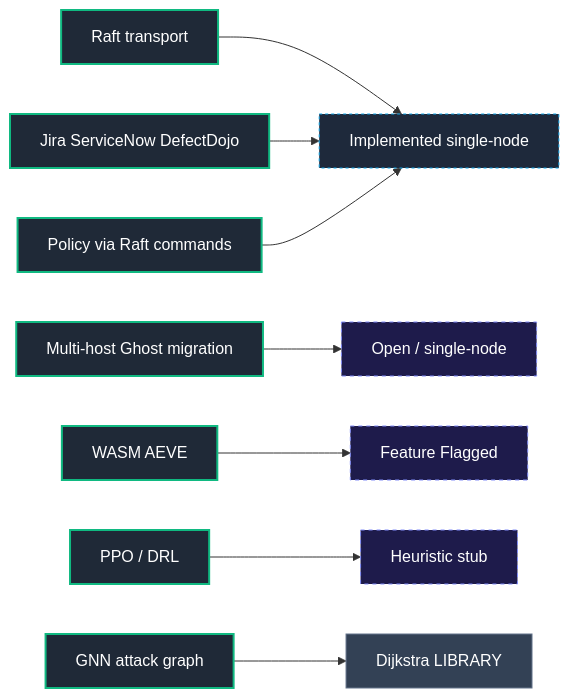
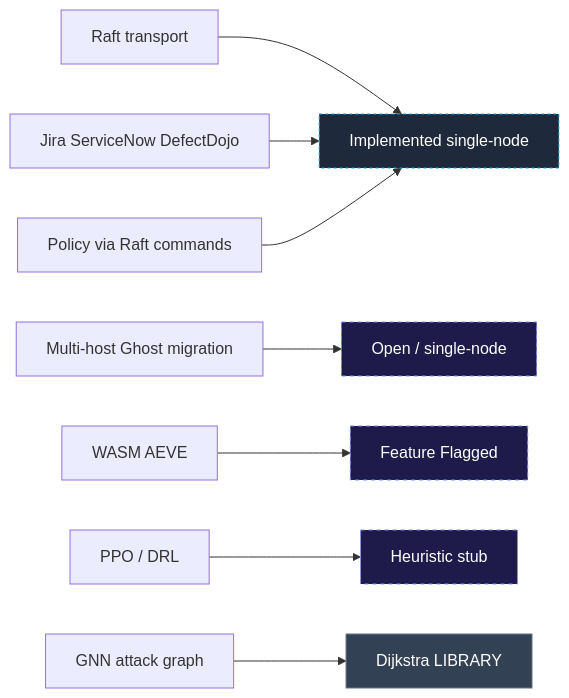
Diagram 14 of 16 in docs/flowchart.md (AviralGup7/Singularity-Zero), drawn with Mermaid before and after one commit. The commit also changed other lines of this file, not shown here.

Commit message:
fix(flowchart): resolve all Revision 4 audit items with code-first alignment

````diff
--- a/docs/flowchart.md
+++ b/docs/flowchart.md
@@ -858,17 +847,17 @@
 ```mermaid
 flowchart LR
     classDef impl fill:#1f2937,stroke:#10b981,stroke-width:2px,color:#fff;
     classDef singleNode fill:#1e293b,stroke:#0ea5e9,stroke-width:1px,stroke-dasharray:3 3,color:#fff;
     classDef library fill:#334155,stroke:#64748b,stroke-width:1px,color:#fff;
     classDef specOnly fill:#1e1b4b,stroke:#818cf8,stroke-width:1px,stroke-dasharray:4 4,color:#fff;
     classDef vacuous fill:#27272a,stroke:#71717a,stroke-width:1px,color:#a1a1aa;
     classDef forbidden fill:#450a0a,stroke:#ef4444,stroke-width:2px,color:#fca5a5;
 
-    Raft["Raft transport"]:::impl --> Impl["Implemented single-node"]:::singleNode
-    Tickets["Jira ServiceNow DefectDojo"]:::impl --> Impl
-    Policy["Policy via Raft commands"]:::impl --> Impl
-    Ghost["Multi-host Ghost migration"]:::impl --> Open["Open / single-node"]:::specOnly
-    WASM["WASM AEVE"]:::impl --> Flag["Feature Flagged"]:::specOnly
-    PPO["PPO / DRL"]:::impl --> Heur["Heuristic stub"]:::specOnly
-    GNN["GNN attack graph"]:::impl --> Dijk["Dijkstra LIBRARY"]:::library
+    Raft["Raft transport"] --> Impl["Implemented single-node"]:::singleNode
+    Tickets["Jira ServiceNow DefectDojo"] --> Impl
+    Policy["Policy via Raft commands"] --> Impl
+    Ghost["Multi-host Ghost migration"] --> Open["Open / single-node"]:::specOnly
+    WASM["WASM AEVE"] --> Flag["Feature Flagged"]:::specOnly
+    PPO["PPO / DRL"] --> Heur["Heuristic stub"]:::specOnly
+    GNN["GNN attack graph"] --> Dijk["Dijkstra LIBRARY"]:::library
 ```
````
